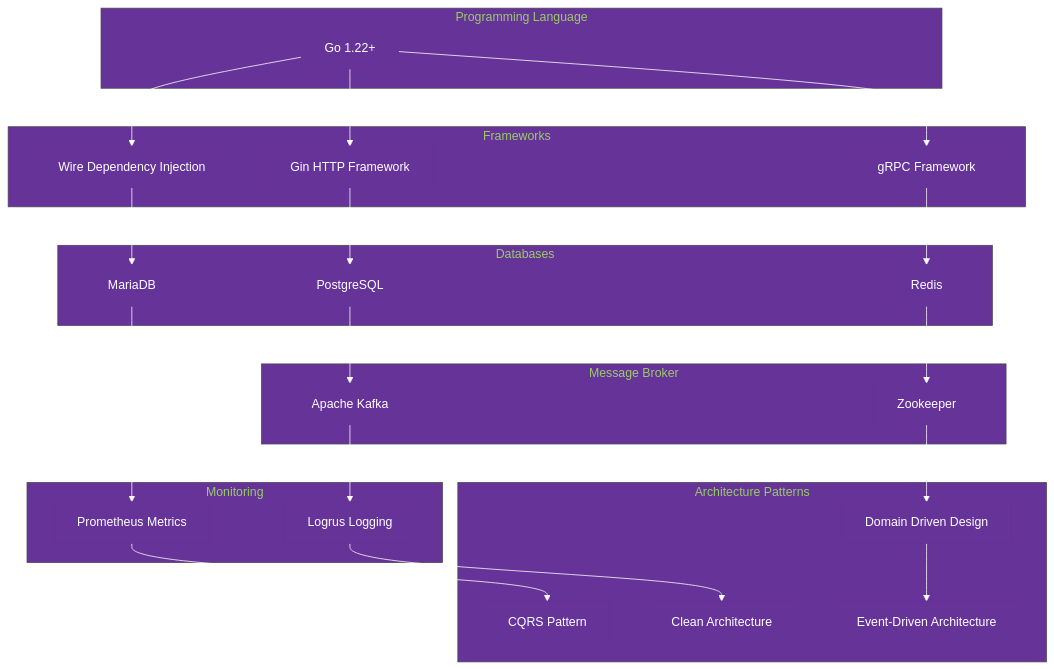
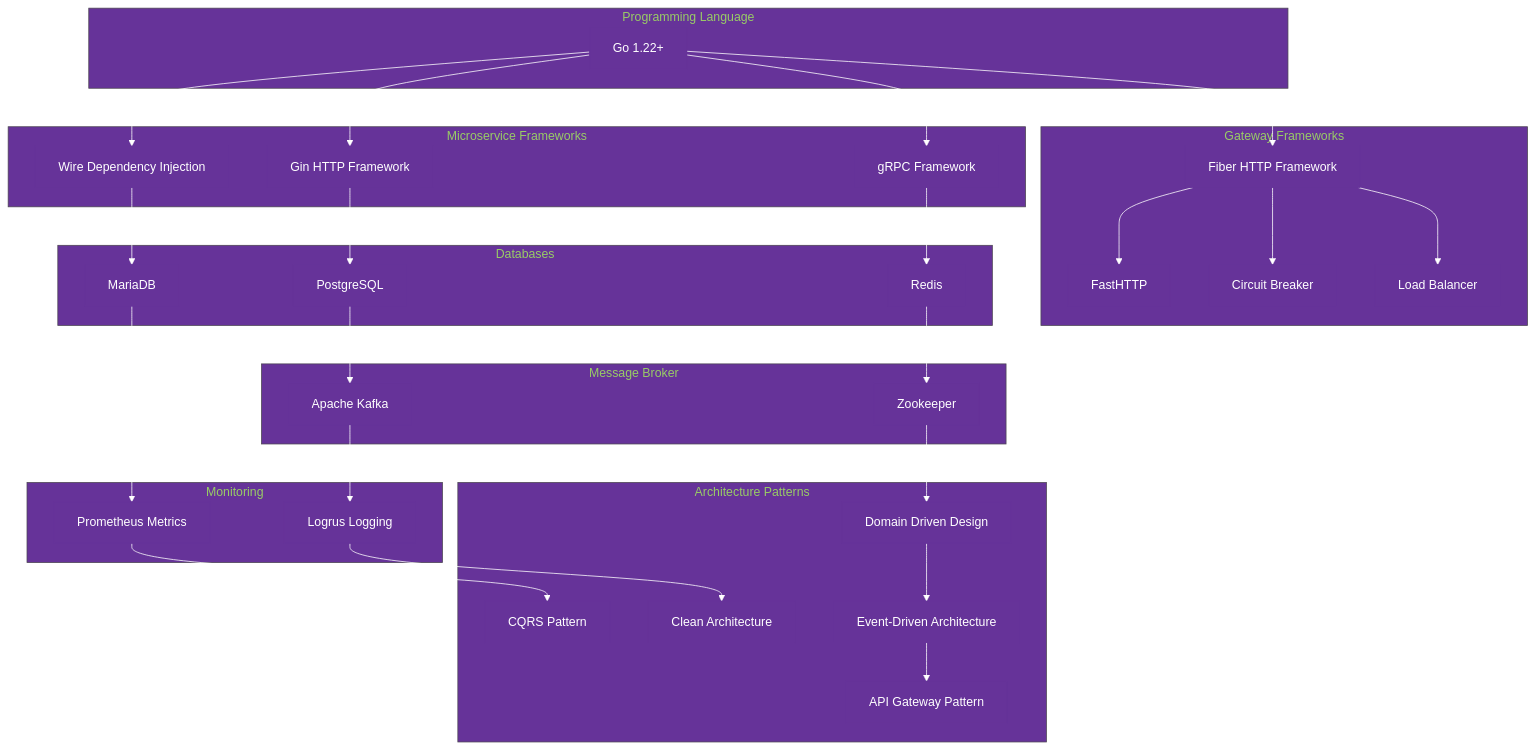
One commit to ozturkeniss/obs-tools-usage changed diagram 17 of 21 in README.md. Above: the diagram before and after it, drawn with Mermaid. The commit also changed other lines of this file, not shown here.

First line of the commit message:
Add FiberV2 Gateway architecture and features documentation in README.md

````diff
--- a/README.md
+++ b/README.md
@@ -502,55 +703,69 @@
 ```mermaid
 %%{init: {'theme':'base', 'themeVariables': { 'primaryColor': '#663399', 'primaryTextColor': '#ffffff', 'primaryBorderColor': '#663399', 'lineColor': '#ffffff', 'secondaryColor': '#663399', 'tertiaryColor': '#663399'}}}%%
 graph TB
     subgraph "Programming Language"
         Go[Go 1.22+]
     end
     
-    subgraph "Frameworks"
+    subgraph "Gateway Frameworks"
+        Fiber[Fiber HTTP Framework]
+        FastHTTP[FastHTTP]
+        CircuitBreaker[Circuit Breaker]
+        LoadBalancer[Load Balancer]
+    end
+    
+    subgraph "Microservice Frameworks"
         Gin[Gin HTTP Framework]
         GRPC[gRPC Framework]
         Wire[Wire Dependency Injection]
     end
     
     subgraph "Databases"
         PostgreSQL[PostgreSQL]
         Redis[Redis]
         MariaDB[MariaDB]
     end
     
     subgraph "Message Broker"
         Kafka[Apache Kafka]
         Zookeeper[Zookeeper]
     end
     
     subgraph "Monitoring"
         Prometheus[Prometheus Metrics]
         Logrus[Logrus Logging]
     end
     
     subgraph "Architecture Patterns"
         DDD[Domain Driven Design]
         CQRS[CQRS Pattern]
         CleanArch[Clean Architecture]
         EventDriven[Event-Driven Architecture]
+        GatewayPattern[API Gateway Pattern]
     end
     
+    Go --> Fiber
     Go --> Gin
     Go --> GRPC
     Go --> Wire
+    
+    Fiber --> FastHTTP
+    Fiber --> CircuitBreaker
+    Fiber --> LoadBalancer
     
     Gin --> PostgreSQL
     GRPC --> Redis
     Wire --> MariaDB
     
     PostgreSQL --> Kafka
     Redis --> Zookeeper
     MariaDB --> Prometheus
     
     Kafka --> Logrus
     Zookeeper --> DDD
     
     Prometheus --> CQRS
     Logrus --> CleanArch
     DDD --> EventDriven
+    EventDriven --> GatewayPattern
 ```
````
